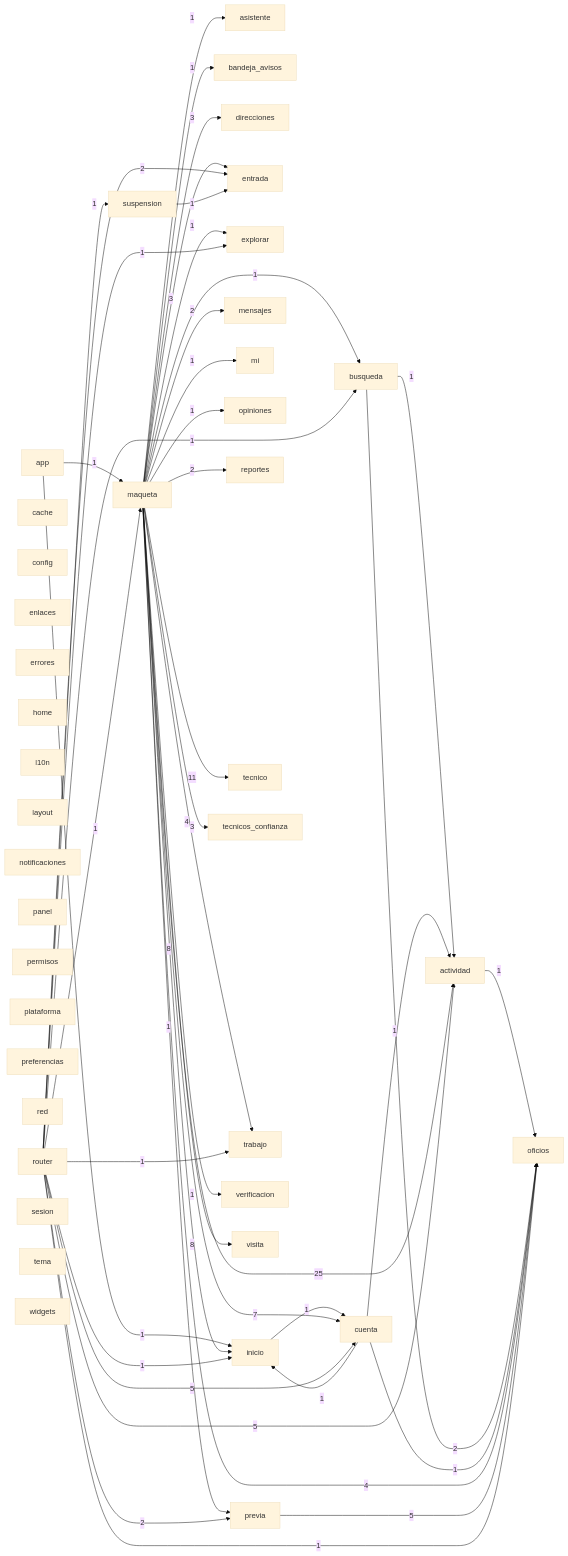
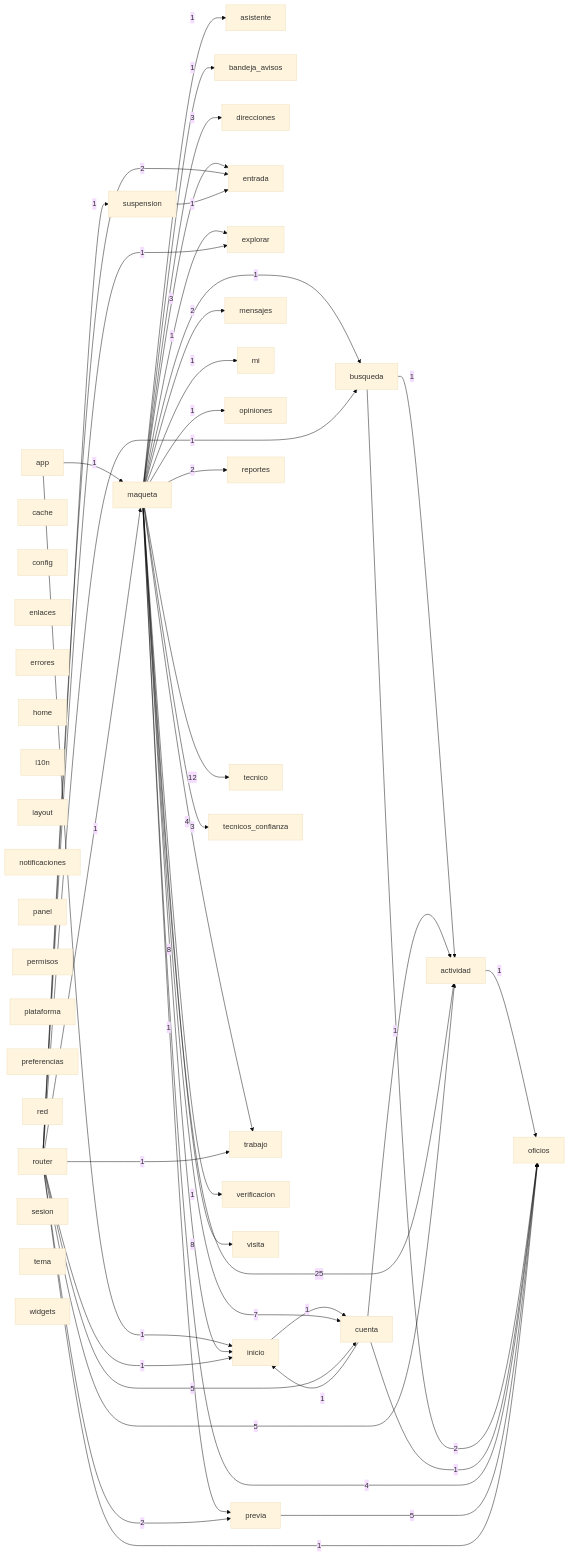
One commit to Tensei-Devs/knock-frontend changed the diagram in docs/architecture/modules.mmd. Above: the diagram before and after it, drawn with Mermaid (base theme). The commit also changed 14 other files, not shown here.

```diff
--- a/docs/architecture/modules.mmd
+++ b/docs/architecture/modules.mmd
@@ -1,83 +1,83 @@
 graph LR
   actividad["actividad"]
   app["app"]
   asistente["asistente"]
   bandeja_avisos["bandeja_avisos"]
   busqueda["busqueda"]
   cache["cache"]
   config["config"]
   cuenta["cuenta"]
   direcciones["direcciones"]
   enlaces["enlaces"]
   entrada["entrada"]
   errores["errores"]
   explorar["explorar"]
   home["home"]
   inicio["inicio"]
   l10n["l10n"]
   layout["layout"]
   maqueta["maqueta"]
   mensajes["mensajes"]
   mi["mi"]
   notificaciones["notificaciones"]
   oficios["oficios"]
   opiniones["opiniones"]
   panel["panel"]
   permisos["permisos"]
   plataforma["plataforma"]
   preferencias["preferencias"]
   previa["previa"]
   red["red"]
   reportes["reportes"]
   router["router"]
   sesion["sesion"]
   suspension["suspension"]
   tecnico["tecnico"]
   tecnicos_confianza["tecnicos_confianza"]
   tema["tema"]
   trabajo["trabajo"]
   verificacion["verificacion"]
   visita["visita"]
   widgets["widgets"]
   actividad -->|1| oficios
   app -->|1| inicio
   app -->|1| maqueta
   busqueda -->|1| actividad
   busqueda -->|2| oficios
   cuenta -->|1| actividad
   cuenta -->|1| inicio
   cuenta -->|1| oficios
   inicio -->|1| cuenta
   maqueta -->|25| actividad
   maqueta -->|1| asistente
   maqueta -->|1| bandeja_avisos
   maqueta -->|1| busqueda
   maqueta -->|7| cuenta
   maqueta -->|3| direcciones
   maqueta -->|3| entrada
   maqueta -->|1| explorar
   maqueta -->|8| inicio
   maqueta -->|2| mensajes
   maqueta -->|1| mi
   maqueta -->|4| oficios
   maqueta -->|1| opiniones
   maqueta -->|1| previa
   maqueta -->|2| reportes
-  maqueta -->|11| tecnico
+  maqueta -->|12| tecnico
   maqueta -->|3| tecnicos_confianza
   maqueta -->|4| trabajo
   maqueta -->|1| verificacion
   maqueta -->|8| visita
   previa -->|5| oficios
   router -->|5| actividad
   router -->|1| busqueda
   router -->|5| cuenta
   router -->|2| entrada
   router -->|1| explorar
   router -->|1| inicio
   router -->|1| maqueta
   router -->|1| oficios
   router -->|2| previa
   router -->|1| suspension
   router -->|1| trabajo
   suspension -->|1| entrada
```
